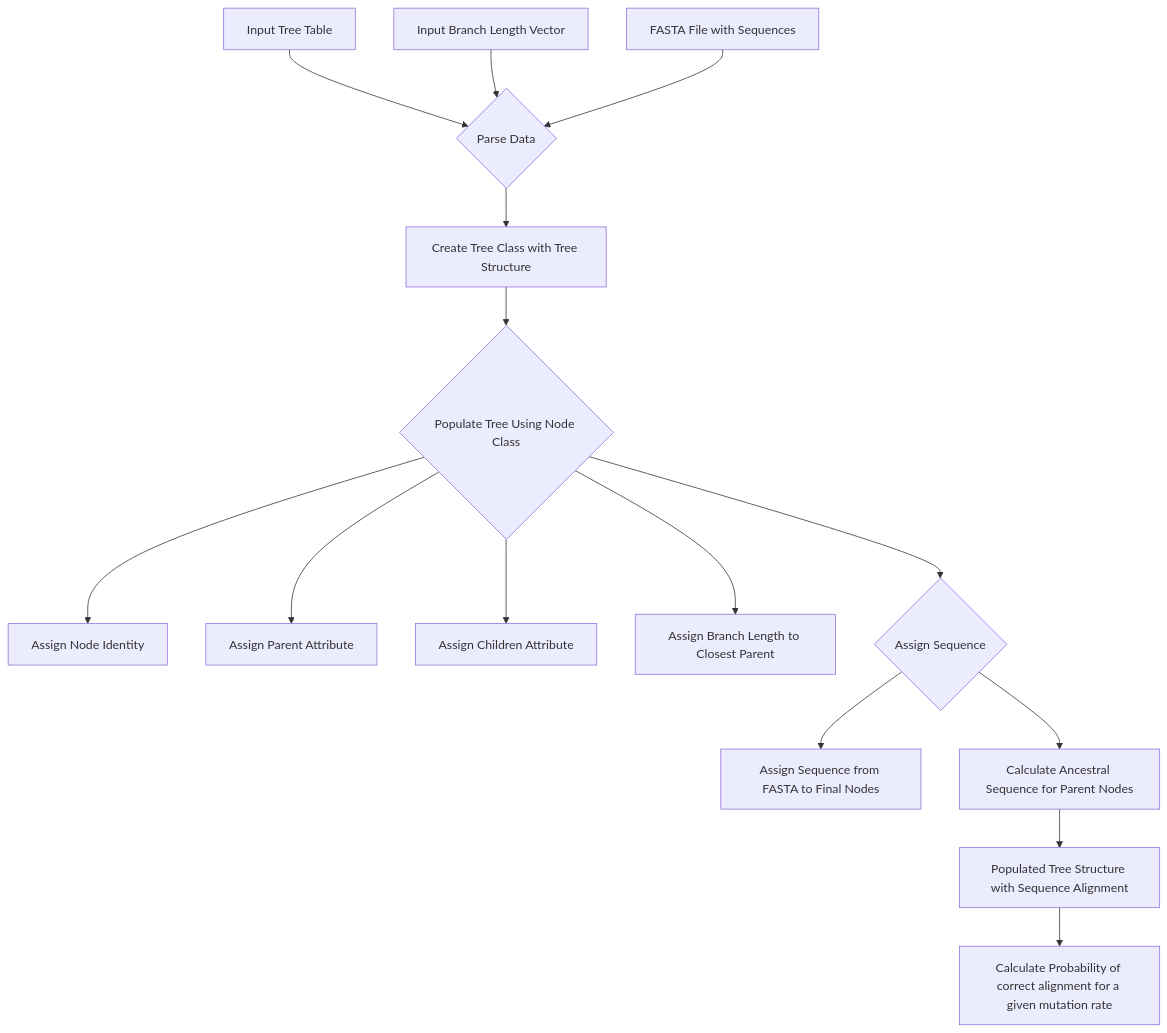
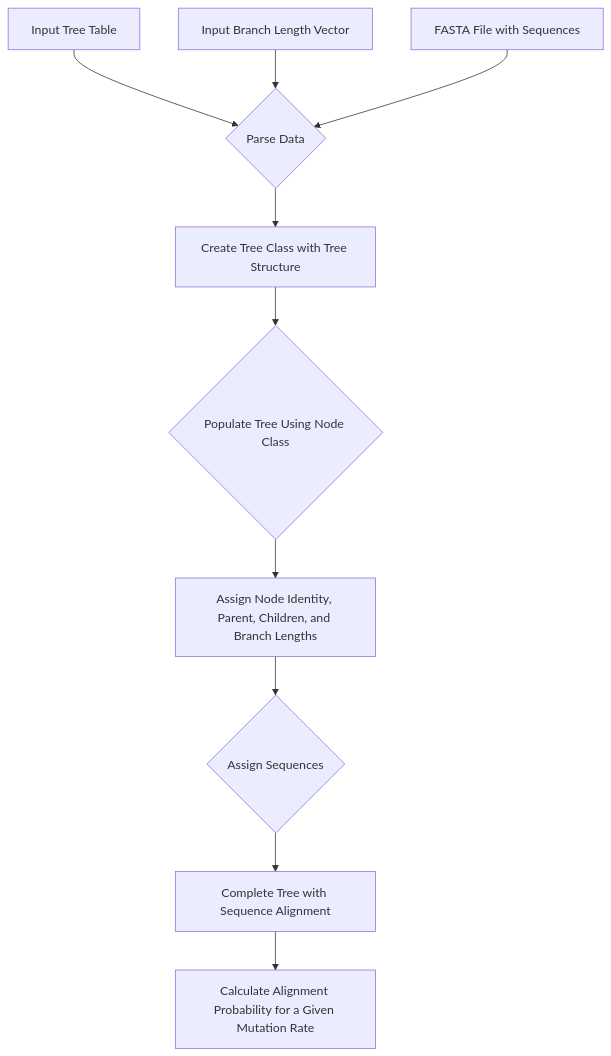
One commit to douhan-wicht/PhyloCalc changed the diagram in README.md. Above: the diagram before and after it, drawn with Mermaid. The commit also changed other lines of this file, not shown here.

````diff
--- a/README.md
+++ b/README.md
@@ -17,13 +26,12 @@
 ```mermaid
 flowchart TD
-    A["Input Tree Table"] --> B{"Parse Data"}
-    A2["Input Branch Length Vector"] --> B
-    A3["FASTA File with Sequences"] --> B
-    B --> D["Create Tree Class with Tree Structure"]
-    D --> F{"Populate Tree Using Node Class"}
-    F --> F1["Assign Node Identity"] & F2["Assign Parent Attribute"] & F3["Assign Children Attribute"] & F4["Assign Branch Length to Closest Parent"] & G{"Assign Sequence"}
-    G --> G1["Assign Sequence from FASTA to Final Nodes"] & G2["Calculate Ancestral Sequence for Parent Nodes"]
-    G2 --> H["Populated Tree Structure with Sequence Alignment"]
-    H --> I["Calculate Probability of correct alignment for a given mutation rate"]
-
+    InputTree["Input Tree Table"] --> ParseData{"Parse Data"}
+    BranchLengths["Input Branch Length Vector"] --> ParseData
+    FASTAFile["FASTA File with Sequences"] --> ParseData
+    ParseData --> CreateTree["Create Tree Class with Tree Structure"]
+    CreateTree --> PopulateTree{"Populate Tree Using Node Class"}
+    PopulateTree --> AssignAttributes["Assign Node Identity, Parent, Children, and Branch Lengths"]
+    AssignAttributes --> AssignSequences{"Assign Sequences"}
+    AssignSequences --> FinalizeTree["Complete Tree with Sequence Alignment"]
+    FinalizeTree --> CalculateProbabilities["Calculate Alignment Probability for a Given Mutation Rate"]
 ```
````
